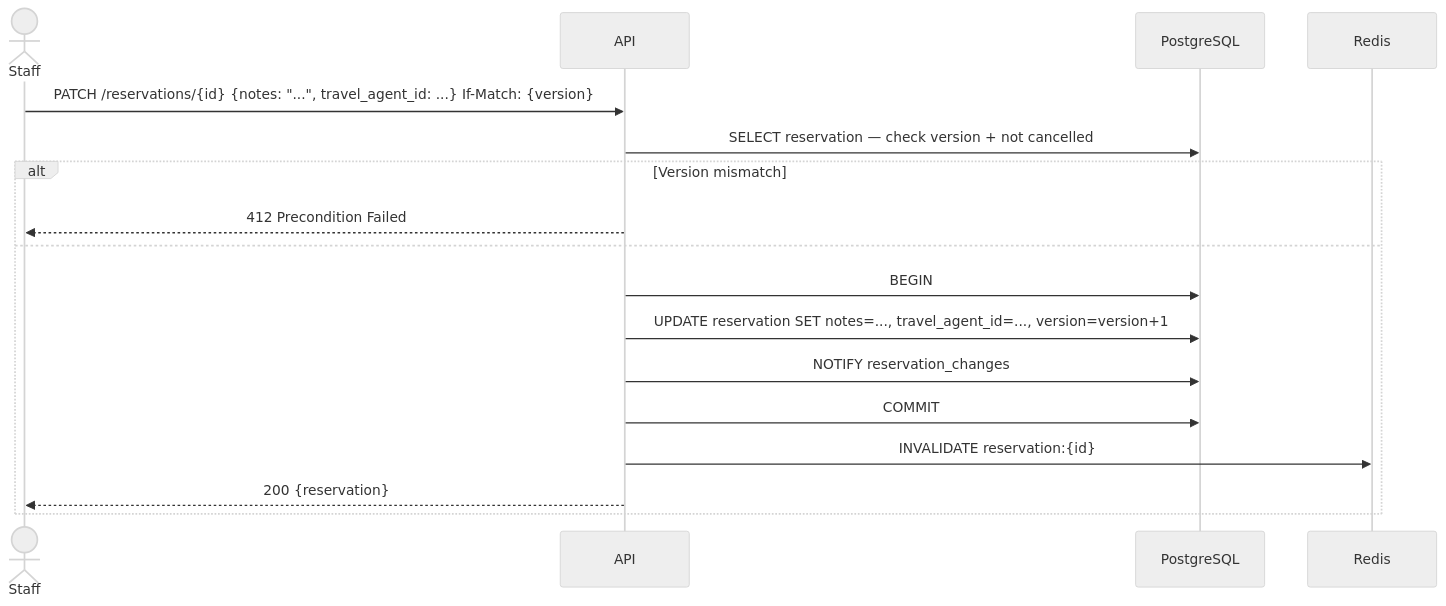
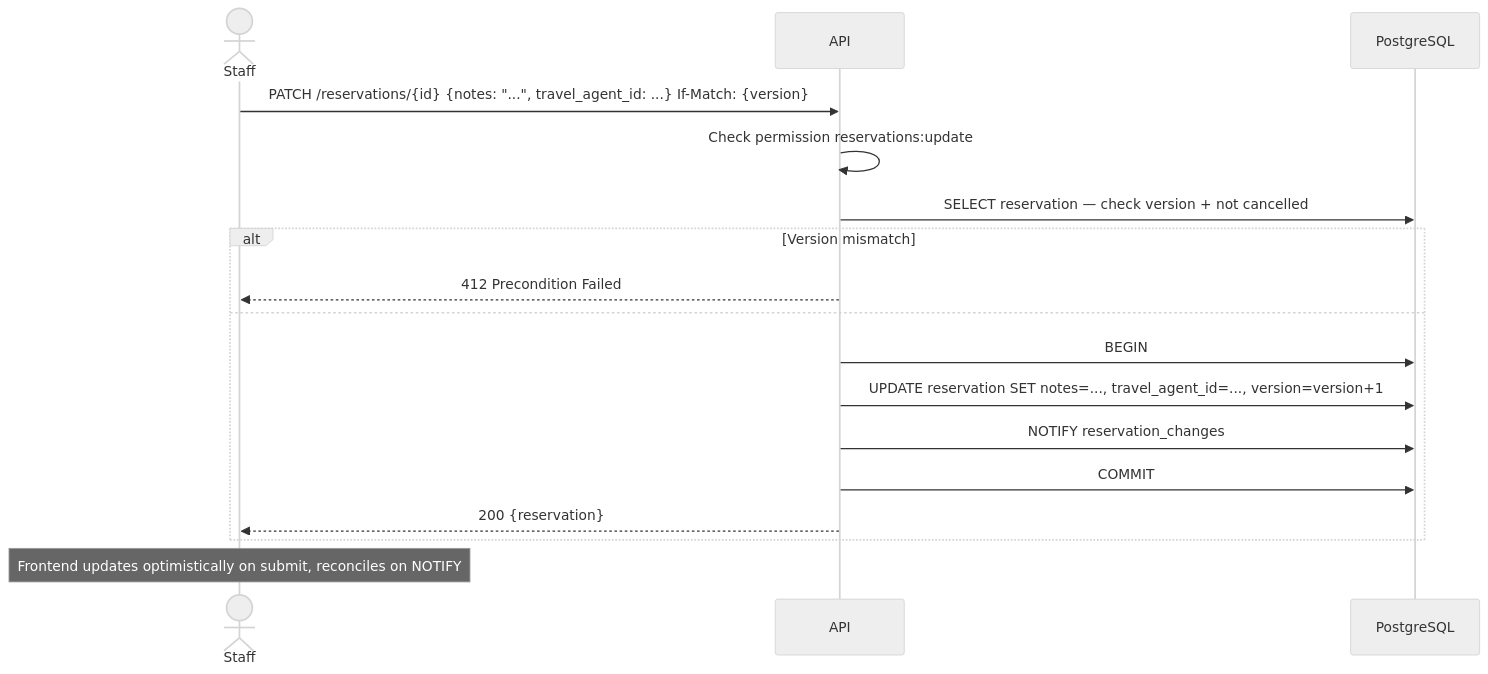
The tenth of 33 diagrams in docs/flows/reservations.md (mallytj/yop-pms), drawn with Mermaid (neutral theme) before and after one commit. The commit also changed other lines of this file, not shown here.

Commit message:
docs(reservations): update the flows post review

````diff
--- a/docs/flows/reservations.md
+++ b/docs/flows/reservations.md
@@ -478,20 +537,21 @@
 ```mermaid
 sequenceDiagram
     actor Staff
     participant API
     participant DB as PostgreSQL
-    participant Redis
 
     Staff->>API: PATCH /reservations/{id} {notes: "...", travel_agent_id: ...} If-Match: {version}
+    API->>API: Check permission reservations:update
     API->>DB: SELECT reservation — check version + not cancelled
     alt Version mismatch
         API-->>Staff: 412 Precondition Failed
     else
         API->>DB: BEGIN
         API->>DB: UPDATE reservation SET notes=..., travel_agent_id=..., version=version+1
         API->>DB: NOTIFY reservation_changes
         API->>DB: COMMIT
-        API->>Redis: INVALIDATE reservation:{id}
         API-->>Staff: 200 {reservation}
     end
+
+    Note over Staff: Frontend updates optimistically on submit, reconciles on NOTIFY
 ```
````
